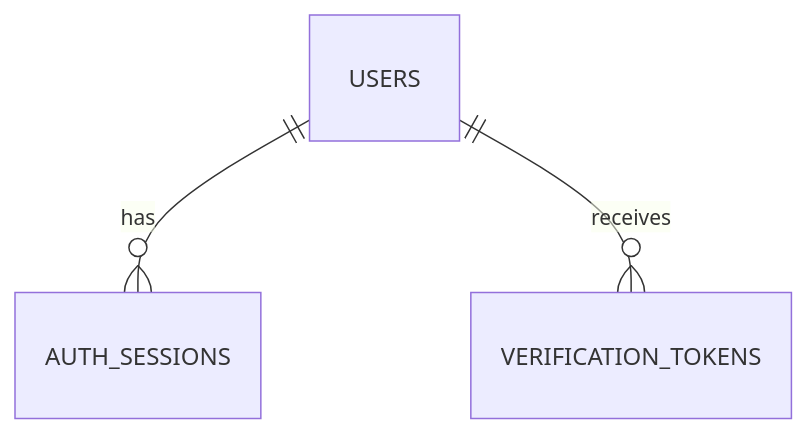
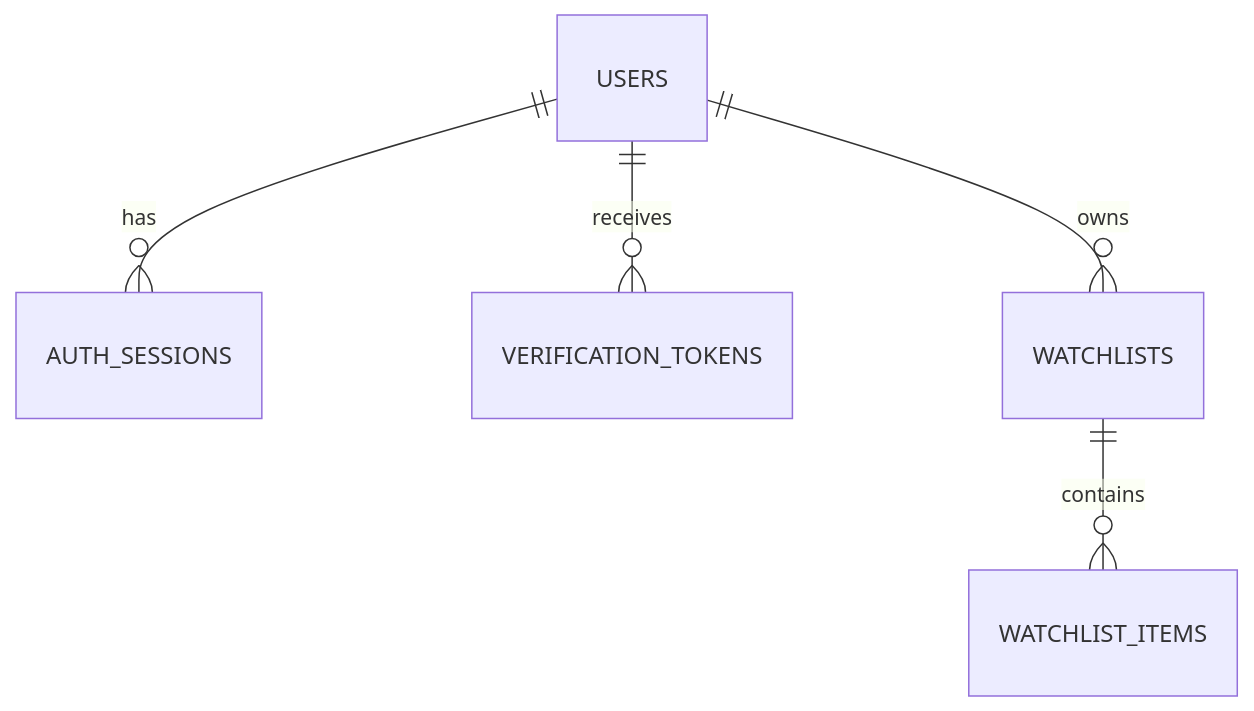
One commit to tw-stock-analysis/tw-stock-backend changed the diagram in docs/account-tables.md. Above: the diagram before and after it, drawn with Mermaid. The commit also changed other lines of this file and 11 other files, not shown here.

````diff
--- a/docs/account-tables.md
+++ b/docs/account-tables.md
@@ -16,5 +16,7 @@
 ```mermaid
 erDiagram
     USERS ||--o{ AUTH_SESSIONS : has
     USERS ||--o{ VERIFICATION_TOKENS : receives
+    USERS ||--o{ WATCHLISTS : owns
+    WATCHLISTS ||--o{ WATCHLIST_ITEMS : contains
 ```
````
